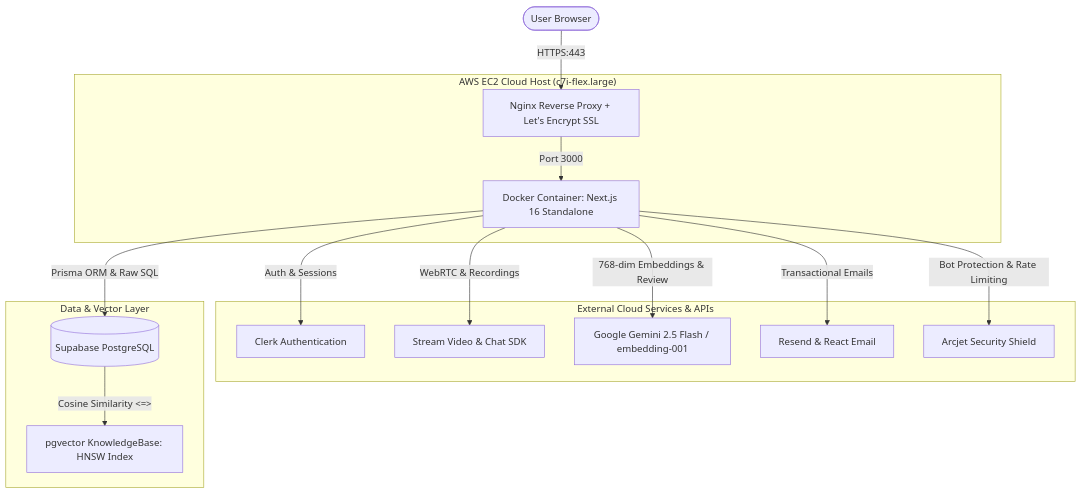
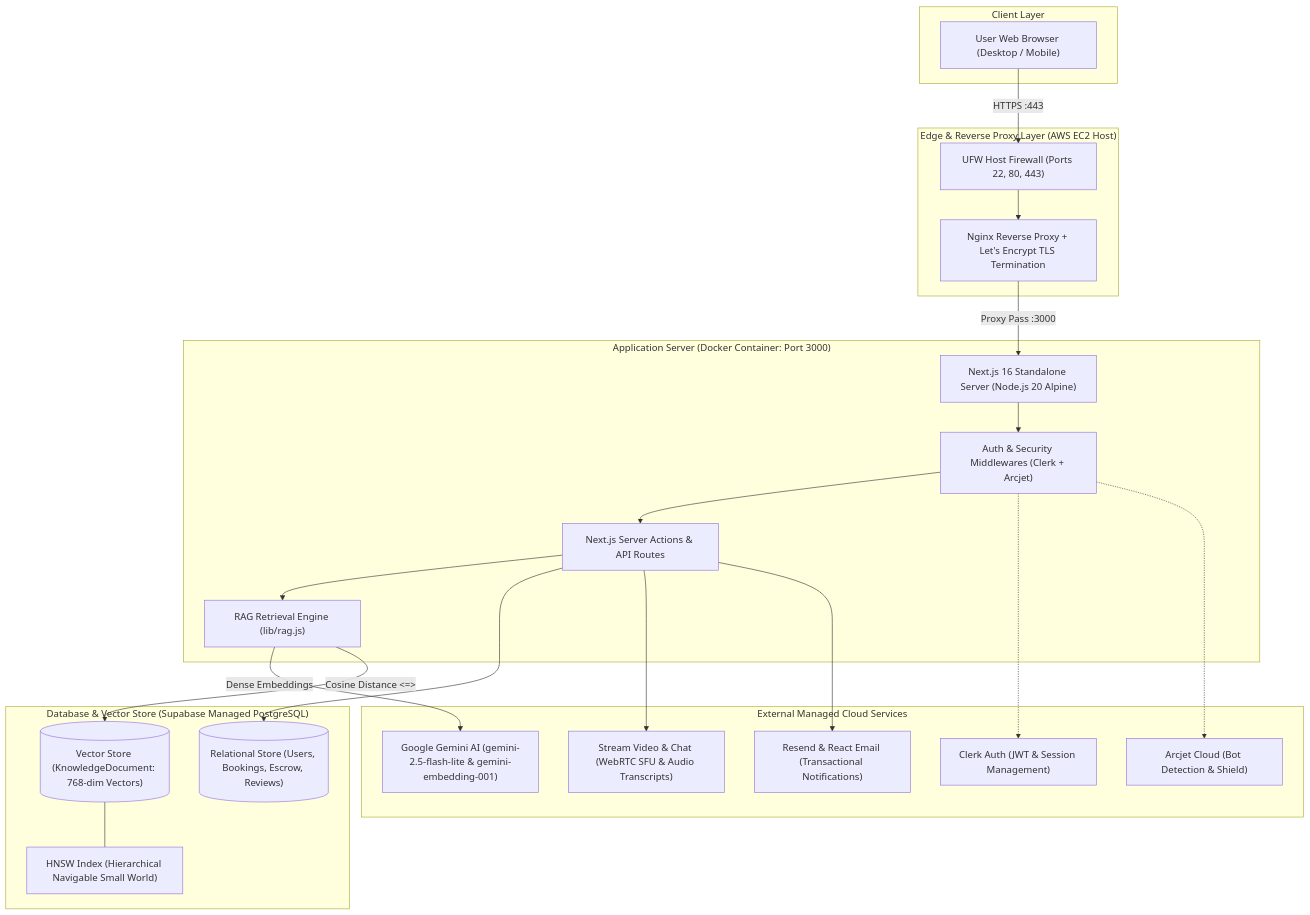
The first of 7 diagrams in README.md (aayushsoni-ai/PrepT), drawn with Mermaid before and after one commit. The commit also changed other lines of this file, not shown here.

Commit message:
docs: complete enterprise README with comprehensive HLD, 5 workflows, schema, and tech stack breakdown

````diff
--- a/README.md
+++ b/README.md
@@ -20,23 +44,47 @@
 ```mermaid
 flowchart TD
-    Client([User Browser]) -->|HTTPS:443| Nginx[Nginx Reverse Proxy + Let's Encrypt SSL]
-    Nginx -->|Port 3000| Docker[Docker Container: Next.js 16 Standalone]
-
-    subgraph AWS_EC2 ["AWS EC2 Cloud Host (c7i-flex.large)"]
-        Nginx
-        Docker
+    subgraph Client_Layer ["Client Layer"]
+        Browser["User Web Browser (Desktop / Mobile)"]
     end
 
-    subgraph External_Services ["External Cloud Services & APIs"]
-        Docker -->|Auth & Sessions| Clerk[Clerk Authentication]
-        Docker -->|WebRTC & Recordings| Stream[Stream Video & Chat SDK]
-        Docker -->|768-dim Embeddings & Review| Gemini[Google Gemini 2.5 Flash / embedding-001]
-        Docker -->|Transactional Emails| Resend[Resend & React Email]
-        Docker -->|Bot Protection & Rate Limiting| Arcjet[Arcjet Security Shield]
+    subgraph Edge_Security ["Edge & Reverse Proxy Layer (AWS EC2 Host)"]
+        Firewall["UFW Host Firewall (Ports 22, 80, 443)"]
+        Nginx["Nginx Reverse Proxy + Let's Encrypt TLS Termination"]
+        Firewall --> Nginx
     end
 
-    subgraph Data_Layer ["Data & Vector Layer"]
-        Docker -->|Prisma ORM & Raw SQL| Postgres[(Supabase PostgreSQL)]
-        Postgres -->|Cosine Similarity <=>| pgvector[pgvector KnowledgeBase: HNSW Index]
+    subgraph App_Container ["Application Server (Docker Container: Port 3000)"]
+        NextServer["Next.js 16 Standalone Server (Node.js 20 Alpine)"]
+        Middlewares["Auth & Security Middlewares (Clerk + Arcjet)"]
+        ServerActions["Next.js Server Actions & API Routes"]
+        RAGModule["RAG Retrieval Engine (lib/rag.js)"]
+        NextServer --> Middlewares --> ServerActions
+        ServerActions --> RAGModule
     end
+
+    subgraph Managed_Cloud_Services ["External Managed Cloud Services"]
+        ClerkAuth["Clerk Auth (JWT & Session Management)"]
+        StreamSDK["Stream Video & Chat (WebRTC SFU & Audio Transcripts)"]
+        GeminiAPI["Google Gemini AI (gemini-2.5-flash-lite & gemini-embedding-001)"]
+        ResendMail["Resend & React Email (Transactional Notifications)"]
+        ArcjetSec["Arcjet Cloud (Bot Detection & Shield)"]
+    end
+
+    subgraph Database_Layer ["Database & Vector Store (Supabase Managed PostgreSQL)"]
+        PrismaRelational[("Relational Store (Users, Bookings, Escrow, Reviews)")]
+        pgvectorStore[("Vector Store (KnowledgeDocument: 768-dim Vectors)")]
+        HNSWIndex["HNSW Index (Hierarchical Navigable Small World)"]
+        pgvectorStore --- HNSWIndex
+    end
+
+    Browser -->|HTTPS :443| Firewall
+    Nginx -->|Proxy Pass :3000| NextServer
+
+    Middlewares -.-> ClerkAuth
+    Middlewares -.-> ArcjetSec
+    ServerActions --> PrismaRelational
+    RAGModule -->|Dense Embeddings| GeminiAPI
+    RAGModule -->|Cosine Distance <=>| pgvectorStore
+    ServerActions --> StreamSDK
+    ServerActions --> ResendMail
 ```
````
